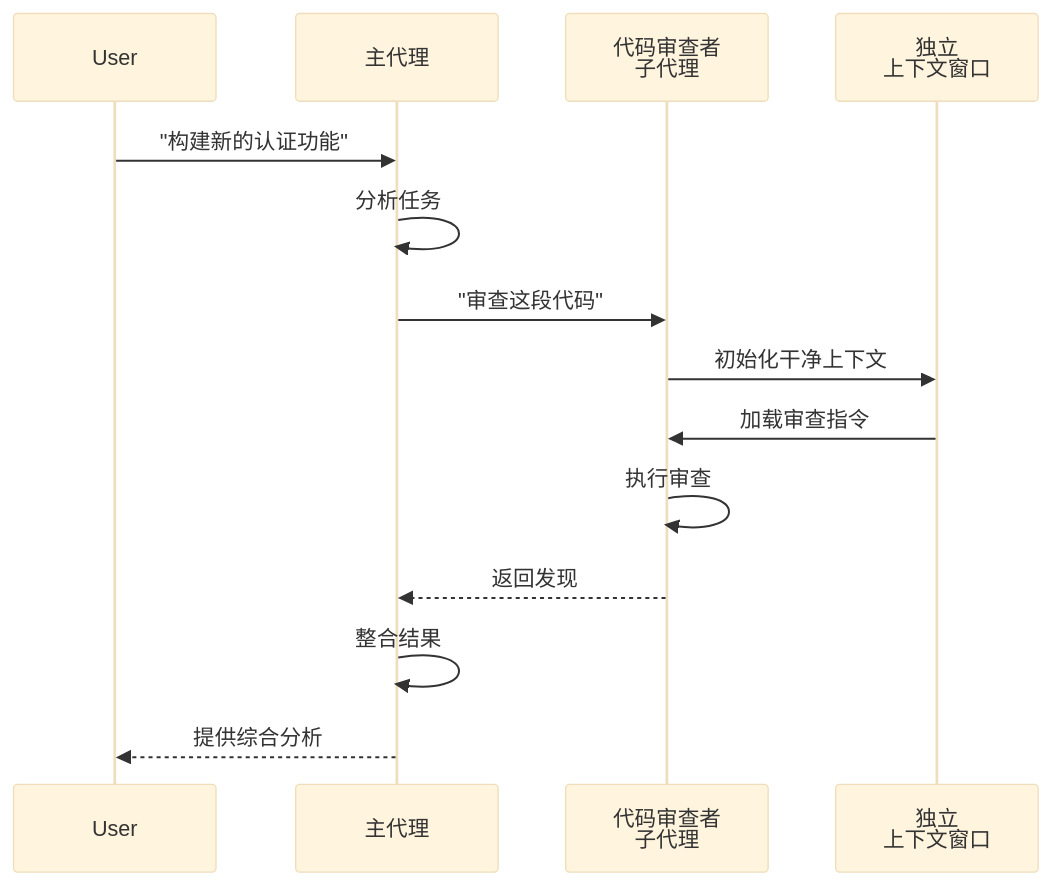
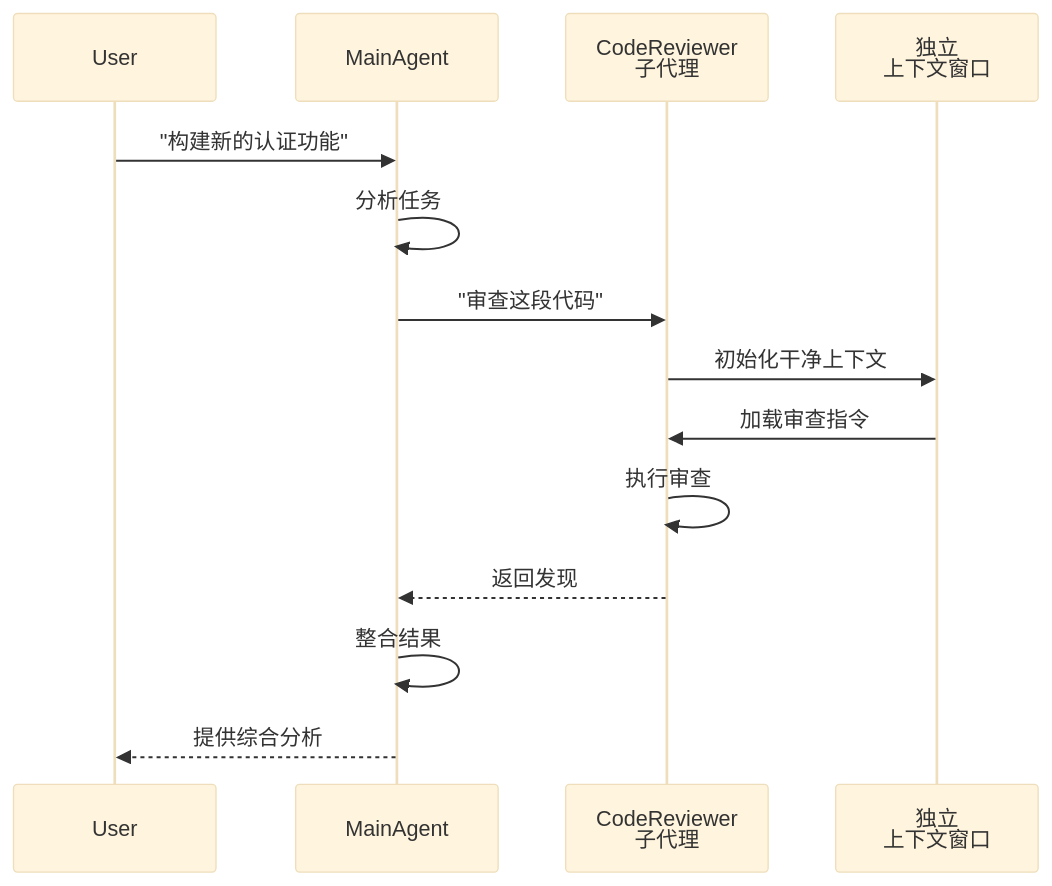
The fifth of 31 diagrams in claude_concepts_guide.md (Rx782-Fss/claude-howto-zh), drawn with Mermaid (base theme) before and after one commit. The commit also changed other lines of this file and 4 other files, not shown here.

Commit message:
fix: sequenceDiagram participant as 中文别名改为英文避免 GitHub 渲染失败

````diff
--- a/claude_concepts_guide.md
+++ b/claude_concepts_guide.md
@@ -242,17 +242,17 @@
 ```mermaid
 sequenceDiagram
     participant User
-    participant MainAgent as 主代理
-    participant CodeReviewer as 代码审查者<br/>子代理
+    participant MainAgent as MainAgent
+    participant CodeReviewer as CodeReviewer<br/>子代理
     participant Context as 独立<br/>上下文窗口
 
     User->>MainAgent: "构建新的认证功能"
     MainAgent->>MainAgent: 分析任务
     MainAgent->>CodeReviewer: "审查这段代码"
     CodeReviewer->>Context: 初始化干净上下文
     Context->>CodeReviewer: 加载审查指令
     CodeReviewer->>CodeReviewer: 执行审查
     CodeReviewer-->>MainAgent: 返回发现
     MainAgent->>MainAgent: 整合结果
     MainAgent-->>User: 提供综合分析
 ```
````
